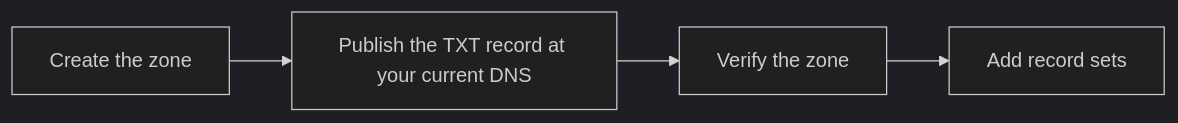
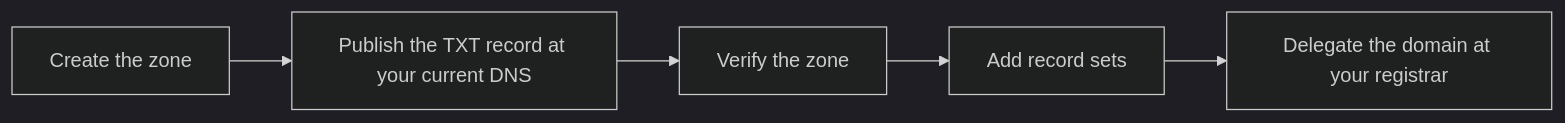
Before and after one commit to origincloudhq/docs: the diagram in docs/dns/hosted-zones/create-public.md, drawn with Mermaid (dark theme). The commit also changed other lines of this file and 5 other files, not shown here.

````diff
--- a/docs/dns/hosted-zones/create-public.md
+++ b/docs/dns/hosted-zones/create-public.md
@@ -22,8 +19,9 @@
 ```mermaid
 flowchart LR
   accTitle: Setting up a public zone
-  accDescr: Create the public zone, publish its token as a TXT record at the domain's current DNS provider, verify the zone, and add record sets.
+  accDescr: Create the public zone, publish its token as a TXT record at the domain's current DNS provider, verify the zone, add record sets, and delegate the domain to the zone's name servers at its registrar.
   create[Create the zone] --> txt[Publish the TXT record at your current DNS]
   txt --> verify[Verify the zone]
   verify --> records[Add record sets]
+  records --> delegate[Delegate the domain at your registrar]
 ```
````
